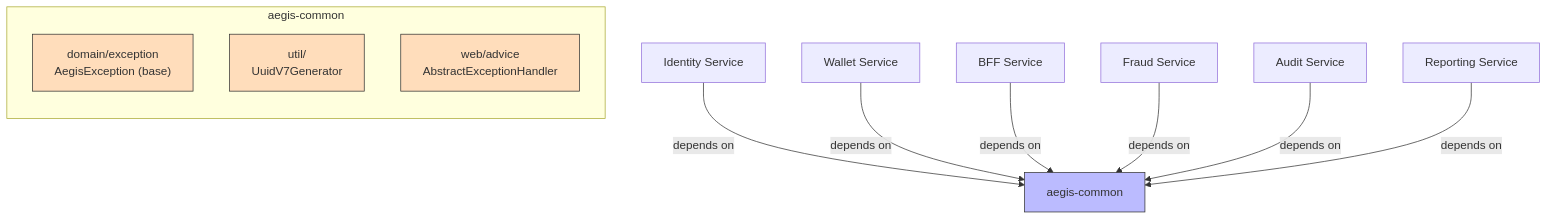
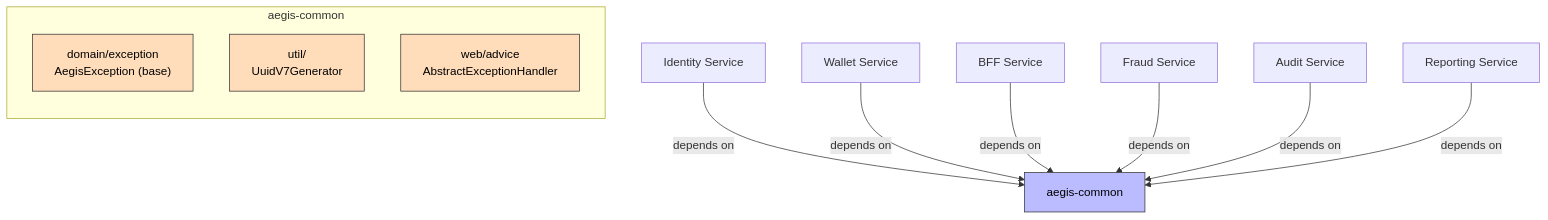
The diagram in docs/obsidian/01 - Services/Common Module.md (AlexAlvarezGallardo-GitHub/Aegis), drawn with Mermaid before and after one commit. The commit also changed 26 other files, not shown here.

Commit message:
docs(infra): add color to mermaid nodes for dark mode readability

````diff
--- a/docs/obsidian/01 - Services/Common Module.md
+++ b/docs/obsidian/01 - Services/Common Module.md
@@ -13,19 +13,19 @@
 ```mermaid
 graph TB
     subgraph "aegis-common"
         direction TB
         Domain["domain/exception<br/>AegisException (base)"]
         Util["util/<br/>UuidV7Generator"]
         Web["web/advice<br/>AbstractExceptionHandler"]
     end
     Identity["Identity Service"] -->|depends on| Common["aegis-common"]
     Wallet["Wallet Service"] -->|depends on| Common
     BFF["BFF Service"] -->|depends on| Common
     Fraud["Fraud Service"] -->|depends on| Common
     Audit["Audit Service"] -->|depends on| Common
     Reporting["Reporting Service"] -->|depends on| Common
-    style Common fill:#bbf,stroke:#333
-    style Domain fill:#fdb,stroke:#333
-    style Util fill:#fdb,stroke:#333
-    style Web fill:#fdb,stroke:#333
+    style Common fill:#bbf,stroke:#333,color:#000
+    style Domain fill:#fdb,stroke:#333,color:#000
+    style Util fill:#fdb,stroke:#333,color:#000
+    style Web fill:#fdb,stroke:#333,color:#000
 ```
````
